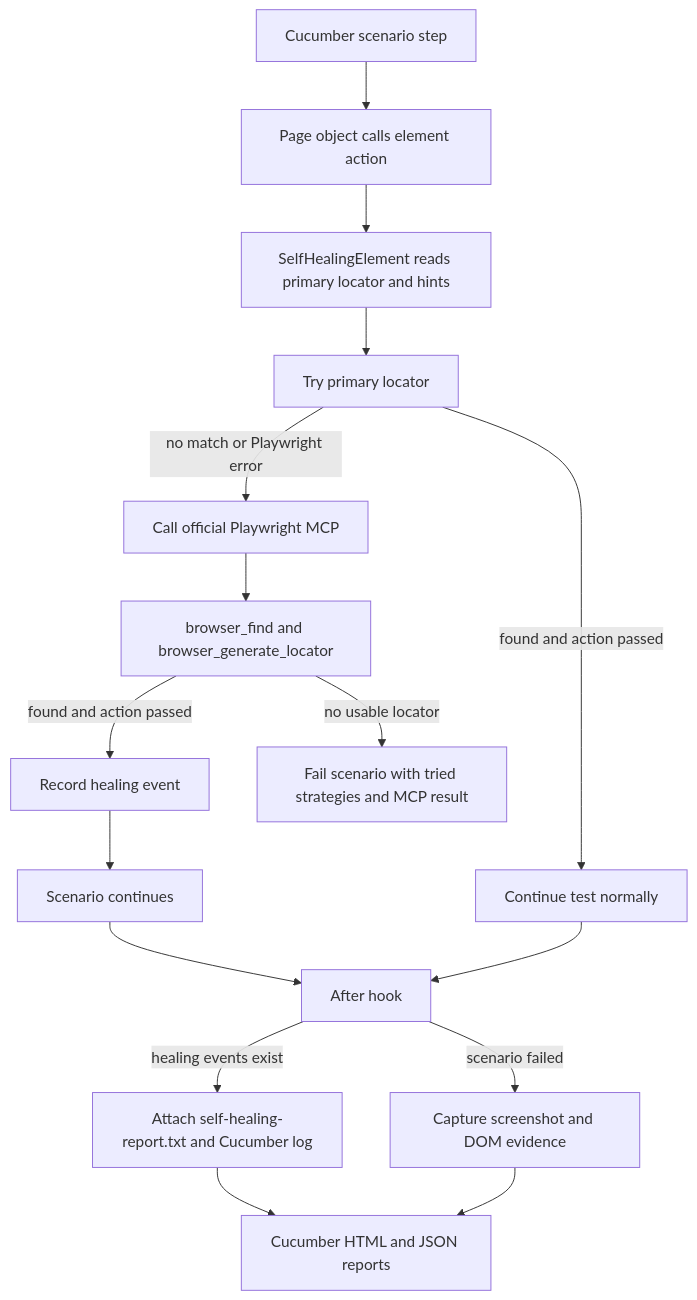
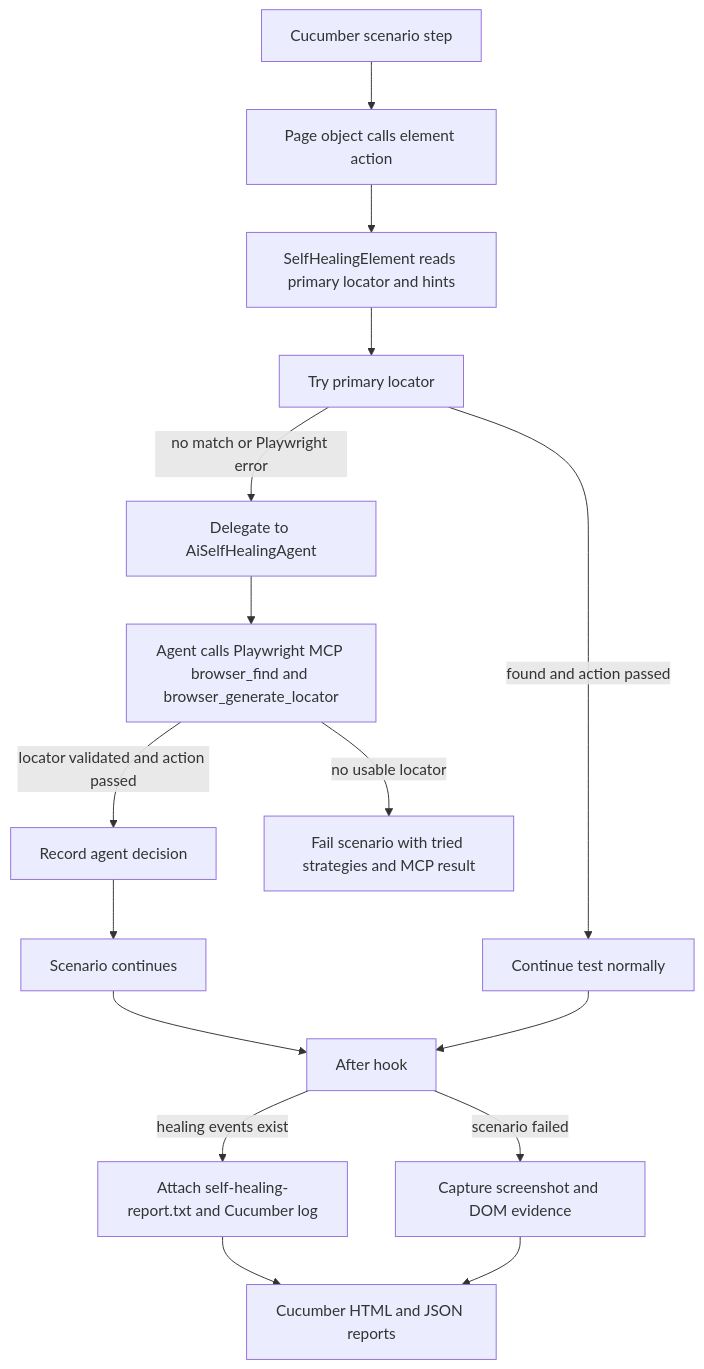
Before and after one commit to karthees05/playwright-self-healing: the first of 2 diagrams in README.md, drawn with Mermaid. The commit also changed other lines of this file and 2 other files, not shown here.

Commit message:
self healing framework using agent playwright mcp working init

````diff
--- a/README.md
+++ b/README.md
@@ -55,18 +57,18 @@
 ```mermaid
 flowchart TD
     A[Cucumber scenario step] --> B[Page object calls element action]
     B --> C[SelfHealingElement reads primary locator and hints]
     C --> D[Try primary locator]
     D -->|found and action passed| E[Continue test normally]
-    D -->|no match or Playwright error| F[Call official Playwright MCP]
-    F --> G[browser_find and browser_generate_locator]
-    G -->|found and action passed| H[Record healing event]
+    D -->|no match or Playwright error| F[Delegate to AiSelfHealingAgent]
+    F --> G[Agent calls Playwright MCP browser_find and browser_generate_locator]
+    G -->|locator validated and action passed| H[Record agent decision]
     H --> I[Scenario continues]
     G -->|no usable locator| L[Fail scenario with tried strategies and MCP result]
     I --> M[After hook]
     E --> M
     M -->|healing events exist| N[Attach self-healing-report.txt and Cucumber log]
     M -->|scenario failed| O[Capture screenshot and DOM evidence]
     N --> P[Cucumber HTML and JSON reports]
     O --> P
 ```
````
